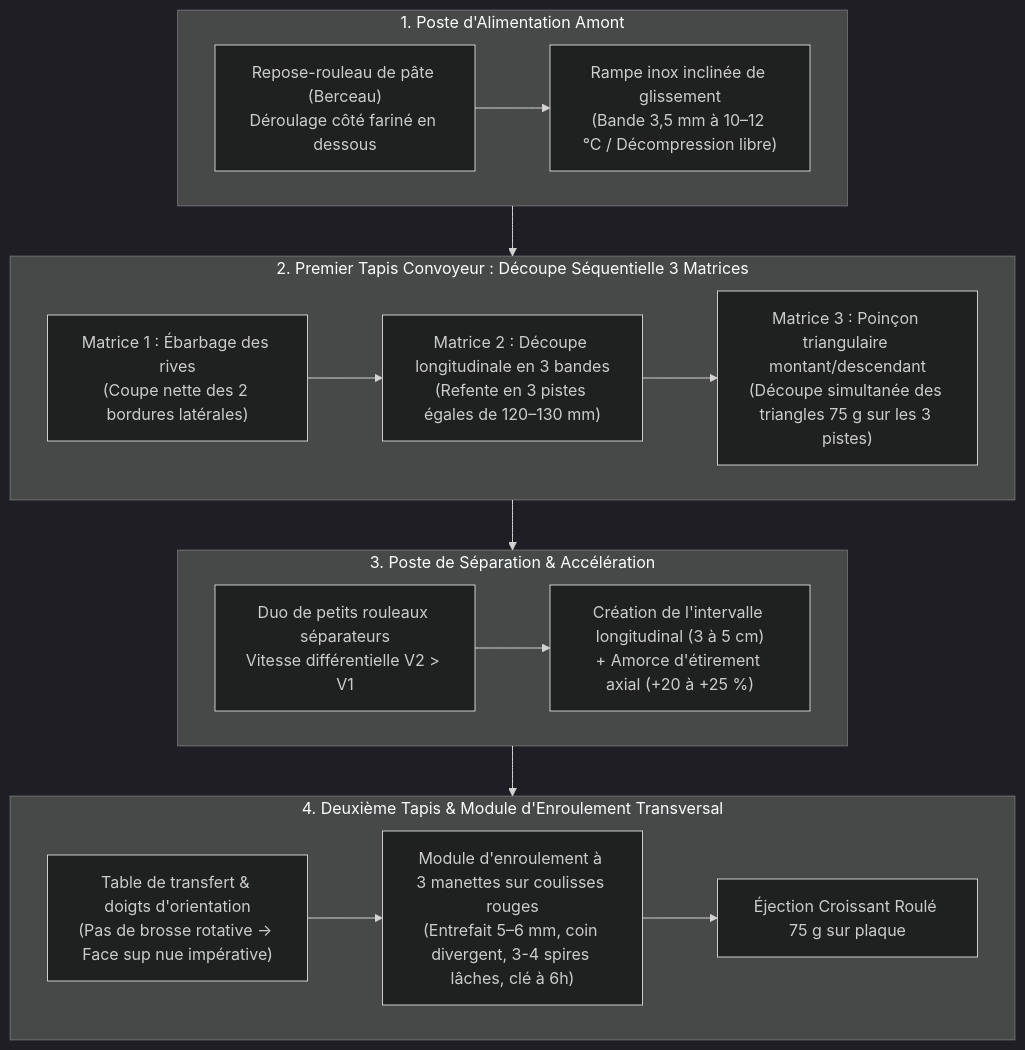
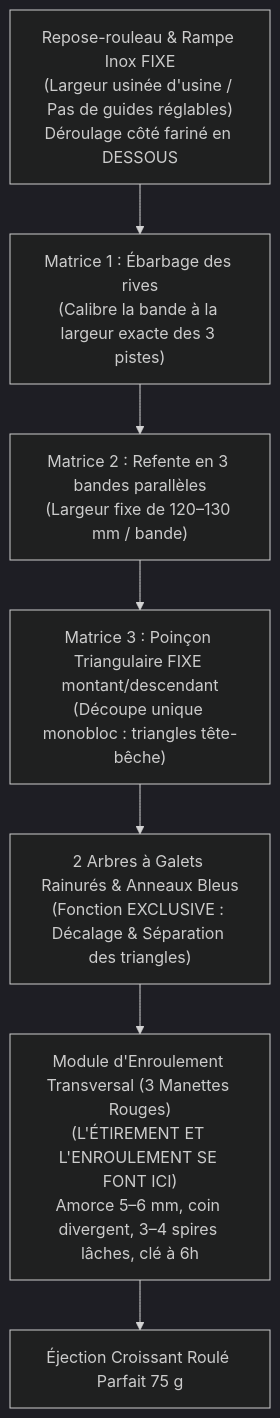
Before and after one commit to jri561/laboratoire-tourage-boulangerie: the diagram in skills/maitre-tourrier-boulanger/references/croissomat-scm50-reglages.md, drawn with Mermaid (dark theme). The commit also changed other lines of this file and 1 other file, not shown here.

Commit message:
docs: mise à jour définitive - matrice fixe, séparation pure par galets, étirement à l'enroulage et rampe usinée fixe

````diff
--- a/skills/maitre-tourrier-boulanger/references/croissomat-scm50-reglages.md
+++ b/skills/maitre-tourrier-boulanger/references/croissomat-scm50-reglages.md
@@ -10,22 +10,10 @@
 ```mermaid
 flowchart TD
-    subgraph A["1. Poste d'Alimentation Amont"]
-        A1["Repose-rouleau de pâte (Berceau)\nDéroulage côté fariné en dessous"]
-        --> A2["Rampe inox inclinée de glissement\n(Bande 3,5 mm à 10–12 °C / Décompression libre)"]
-    end
-    subgraph B["2. Premier Tapis Convoyeur : Découpe Séquentielle 3 Matrices"]
-        B1["Matrice 1 : Ébarbage des rives\n(Coupe nette des 2 bordures latérales)"]
-        --> B2["Matrice 2 : Découpe longitudinale en 3 bandes\n(Refente en 3 pistes égales de 120–130 mm)"]
-        --> B3["Matrice 3 : Poinçon triangulaire montant/descendant\n(Découpe simultanée des triangles 75 g sur les 3 pistes)"]
-    end
-    subgraph C["3. Poste de Séparation & Accélération"]
-        C1["Duo de petits rouleaux séparateurs\nVitesse différentielle V2 > V1"]
-        --> C2["Création de l'intervalle longitudinal (3 à 5 cm)\n+ Amorce d'étirement axial (+20 à +25 %)"]
-    end
-    subgraph D["4. Deuxième Tapis & Module d'Enroulement Transversal"]
-        D1["Table de transfert & doigts d'orientation\n(Pas de brosse rotative -> Face sup nue impérative)"]
-        --> D2["Module d'enroulement à 3 manettes sur coulisses rouges\n(Entrefait 5–6 mm, coin divergent, 3-4 spires lâches, clé à 6h)"]
-        --> D3["Éjection Croissant Roulé 75 g sur plaque"]
-    end
-    A --> B --> C --> D
+    A["Repose-rouleau & Rampe Inox FIXE\n(Largeur usinée d'usine / Pas de guides réglables)\nDéroulage côté fariné en DESSOUS"] 
+    --> B["Matrice 1 : Ébarbage des rives\n(Calibre la bande à la largeur exacte des 3 pistes)"]
+    --> C["Matrice 2 : Refente en 3 bandes parallèles\n(Largeur fixe de 120–130 mm / bande)"]
+    --> D["Matrice 3 : Poinçon Triangulaire FIXE montant/descendant\n(Découpe unique monobloc : triangles tête-bêche)"]
+    --> E["2 Arbres à Galets Rainurés & Anneaux Bleus\n(Fonction EXCLUSIVE : Décalage & Séparation des triangles)"]
+    --> F["Module d'Enroulement Transversal (3 Manettes Rouges)\n(L'ÉTIREMENT ET L'ENROULEMENT SE FONT ICI)\nAmorce 5–6 mm, coin divergent, 3–4 spires lâches, clé à 6h"]
+    --> G["Éjection Croissant Roulé Parfait 75 g"]
 ```
````
